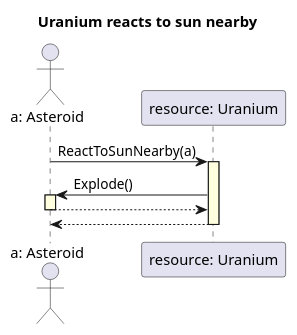
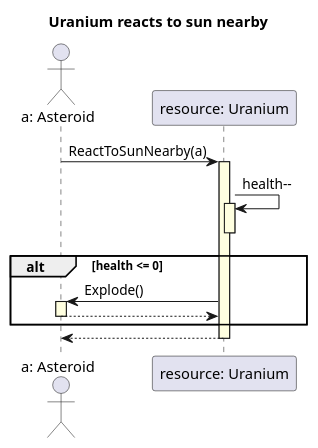
The diagram in uml/original_seq_diagrams/react_sun_uranium.plantuml (triszt4n/projlab_holy_oil), drawn with PlantUML before and after one commit. The commit also changed 4 other files, not shown here.

```diff
--- a/uml/original_seq_diagrams/react_sun_uranium.plantuml
+++ b/uml/original_seq_diagrams/react_sun_uranium.plantuml
@@ -1,14 +1,19 @@
 @startuml Uranium explodes
 skinparam SequenceLifeLineBackgroundColor LightYellow
 
 title Uranium reacts to sun nearby
 
 actor "a: Asteroid" as a
 participant "resource: Uranium" as res
 
 a -> res ++: ReactToSunNearby(a)
+res -> res ++: health--
+deactivate res
+alt health <= 0
     res -> a ++: Explode()
     a --> res --
+end
+
 res --> a --
 
 @enduml
```
